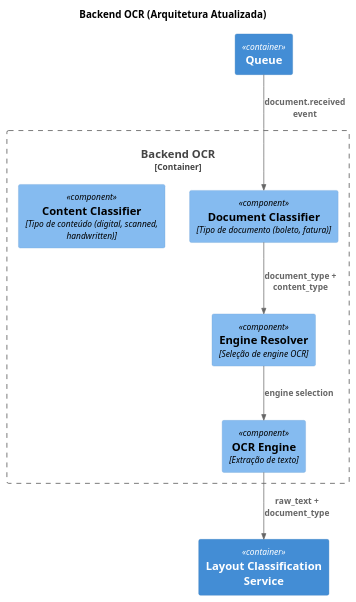
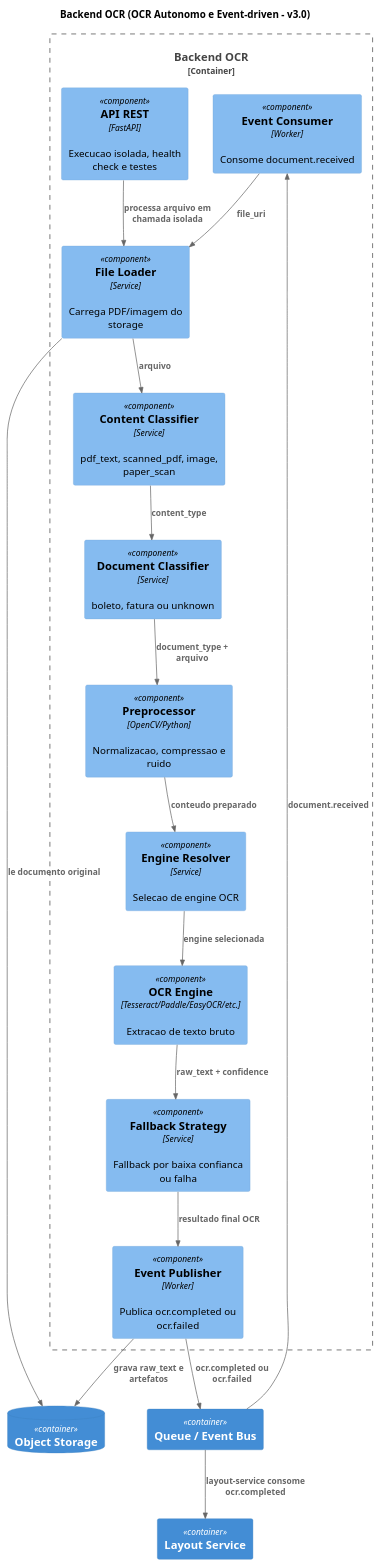
Before and after one commit to InnoVoxAI/docuparser: the diagram in docs/specs/backend_ocr.puml, drawn with PlantUML. The commit also changed 8 other files, not shown here.

```diff
--- a/docs/specs/backend_ocr.puml
+++ b/docs/specs/backend_ocr.puml
@@ -1,22 +1,39 @@
 @startuml
 !includeurl https://raw.githubusercontent.com/plantuml-stdlib/C4-PlantUML/master/C4_Component.puml
 
-title Backend OCR (Arquitetura Atualizada)
+title Backend OCR (OCR Autonomo e Event-driven - v3.0)
 
 Container_Boundary(ocr, "Backend OCR") {
 
-    Component(classifier, "Document Classifier", "Tipo de documento (boleto, fatura)")
-    Component(content_classifier, "Content Classifier", "Tipo de conteúdo (digital, scanned, handwritten)")
-    Component(ocr_engine, "OCR Engine", "Extração de texto")
-    Component(engine_resolver, "Engine Resolver", "Seleção de engine OCR")
+    Component(api, "API REST", "FastAPI", "Execucao isolada, health check e testes")
+    Component(event_consumer, "Event Consumer", "Worker", "Consome document.received")
+    Component(file_loader, "File Loader", "Service", "Carrega PDF/imagem do storage")
+    Component(content_classifier, "Content Classifier", "Service", "pdf_text, scanned_pdf, image, paper_scan")
+    Component(classifier, "Document Classifier", "Service", "boleto, fatura ou unknown")
+    Component(preprocessor, "Preprocessor", "OpenCV/Python", "Normalizacao, compressao e ruido")
+    Component(engine_resolver, "Engine Resolver", "Service", "Selecao de engine OCR")
+    Component(ocr_engine, "OCR Engine", "Tesseract/Paddle/EasyOCR/etc.", "Extracao de texto bruto")
+    Component(fallback, "Fallback Strategy", "Service", "Fallback por baixa confianca ou falha")
+    Component(event_publisher, "Event Publisher", "Worker", "Publica ocr.completed ou ocr.failed")
 }
 
-Container(queue, "Queue")
-Container(layout, "Layout Classification Service")
+Container(queue, "Queue / Event Bus")
+ContainerDb(storage, "Object Storage")
+Container(layout, "Layout Service")
 
-Rel(queue, classifier, "document.received event")
-Rel(classifier, engine_resolver, "document_type + content_type")
-Rel(engine_resolver, ocr_engine, "engine selection")
-Rel(ocr_engine, layout, "raw_text + document_type")
+Rel(api, file_loader, "processa arquivo em chamada isolada")
+Rel(queue, event_consumer, "document.received")
+Rel(event_consumer, file_loader, "file_uri")
+Rel(file_loader, storage, "le documento original")
+Rel(file_loader, content_classifier, "arquivo")
+Rel(content_classifier, classifier, "content_type")
+Rel(classifier, preprocessor, "document_type + arquivo")
+Rel(preprocessor, engine_resolver, "conteudo preparado")
+Rel(engine_resolver, ocr_engine, "engine selecionada")
+Rel(ocr_engine, fallback, "raw_text + confidence")
+Rel(fallback, event_publisher, "resultado final OCR")
+Rel(event_publisher, storage, "grava raw_text e artefatos")
+Rel(event_publisher, queue, "ocr.completed ou ocr.failed")
+Rel(queue, layout, "layout-service consome ocr.completed")
 
 @enduml
```
